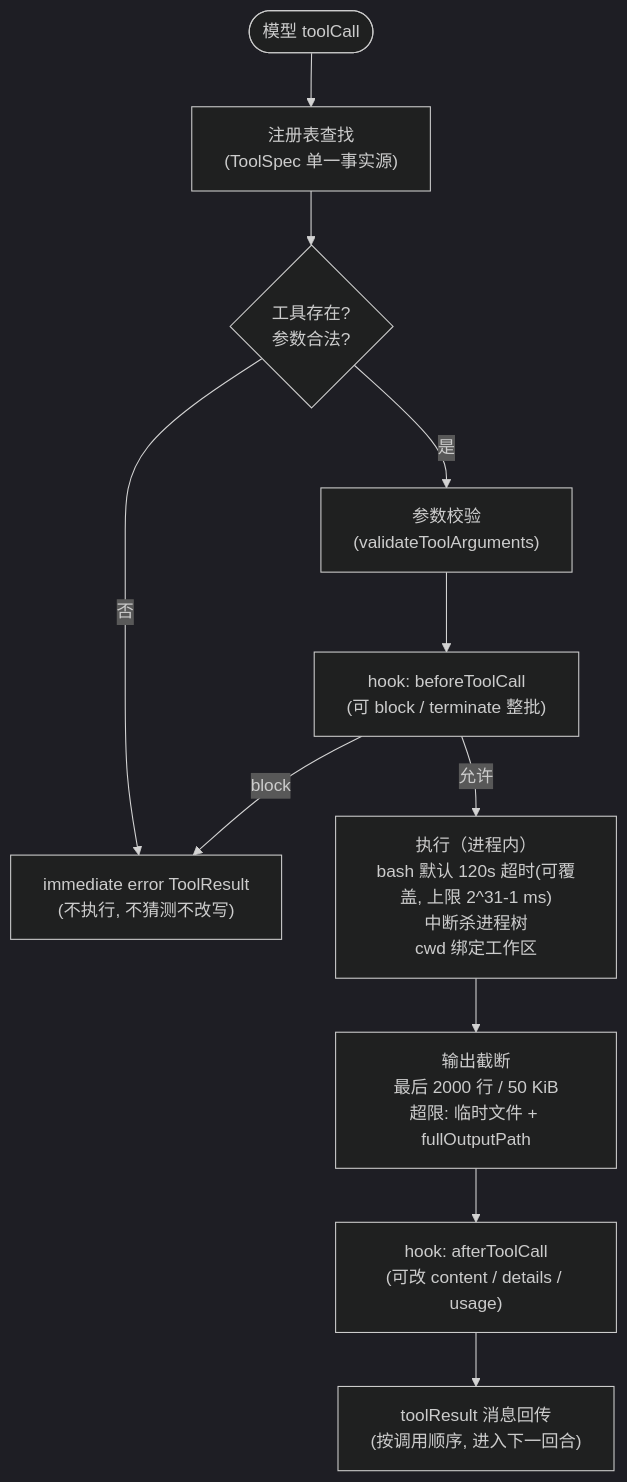
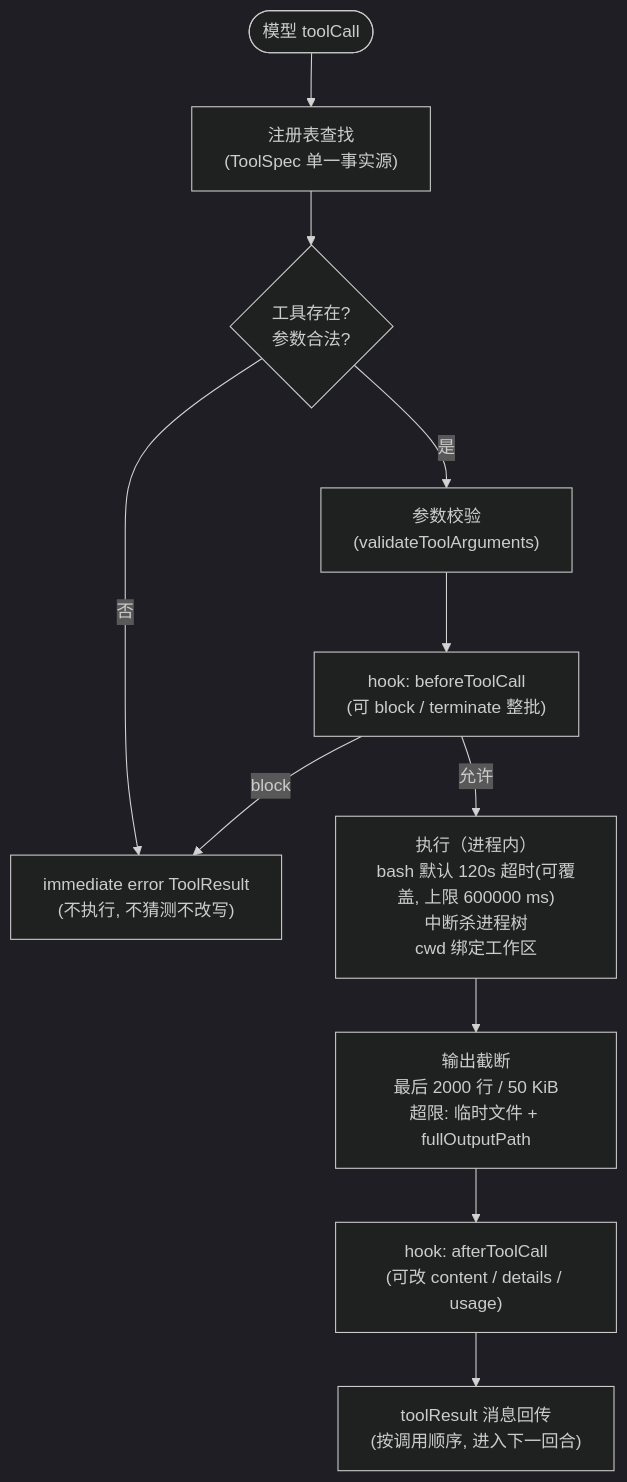
One commit to qjcnmd/singularity-agent changed the fourth of 8 diagrams in docs/singularity.md. Above: the diagram before and after it, drawn with Mermaid (dark theme). The commit also changed other lines of this file and 9 other files, not shown here.

````diff
--- a/docs/singularity.md
+++ b/docs/singularity.md
@@ -129,13 +129,13 @@
 ```mermaid
 flowchart TD
     A(["模型 toolCall"]) --> B["注册表查找<br/>(ToolSpec 单一事实源)"]
     B --> C{"工具存在?<br/>参数合法?"}
     C -- 否 --> R1["immediate error ToolResult<br/>(不执行, 不猜测不改写)"]
     C -- 是 --> D["参数校验<br/>(validateToolArguments)"]
     D --> E["hook: beforeToolCall<br/>(可 block / terminate 整批)"]
     E -- "block" --> R1
-    E -- 允许 --> F["执行（进程内）<br/>bash 默认 120s 超时(可覆盖, 上限 2^31-1 ms)<br/>中断杀进程树<br/>cwd 绑定工作区"]
+    E -- 允许 --> F["执行（进程内）<br/>bash 默认 120s 超时(可覆盖, 上限 600000 ms)<br/>中断杀进程树<br/>cwd 绑定工作区"]
     F --> G["输出截断<br/>最后 2000 行 / 50 KiB<br/>超限: 临时文件 + fullOutputPath"]
     G --> H["hook: afterToolCall<br/>(可改 content / details / usage)"]
     H --> I["toolResult 消息回传<br/>(按调用顺序, 进入下一回合)"]
 ```
````
